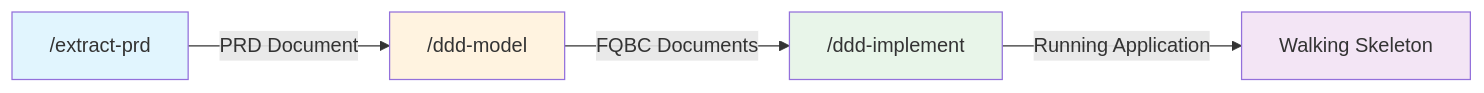
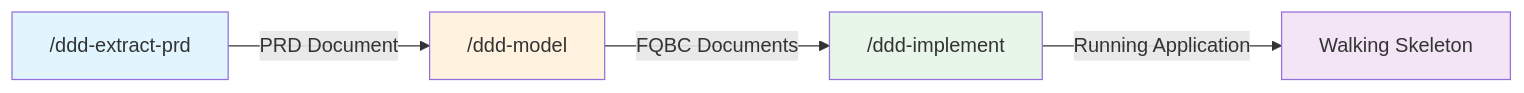
The first of 5 diagrams in README.md (jrlangford/ddd-companion), drawn with Mermaid before and after one commit. The commit also changed other lines of this file, not shown here.

````diff
--- a/README.md
+++ b/README.md
@@ -7,15 +7,15 @@
 ```mermaid
 flowchart LR
-    PRD["/extract-prd"]
+    PRD["/ddd-extract-prd"]
     MODEL["/ddd-model"]
     IMPL["/ddd-implement"]
 
     PRD -->|"PRD Document"| MODEL
     MODEL -->|"FQBC Documents"| IMPL
     IMPL -->|"Running Application"| OUT["Walking Skeleton"]
 
     style PRD fill:#e1f5fe
     style MODEL fill:#fff3e0
     style IMPL fill:#e8f5e9
     style OUT fill:#f3e5f5
 ```
````
